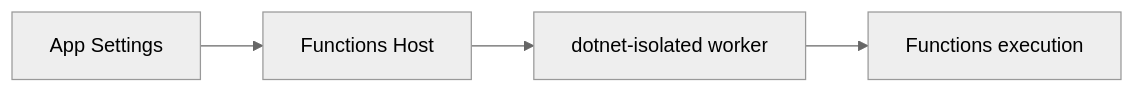
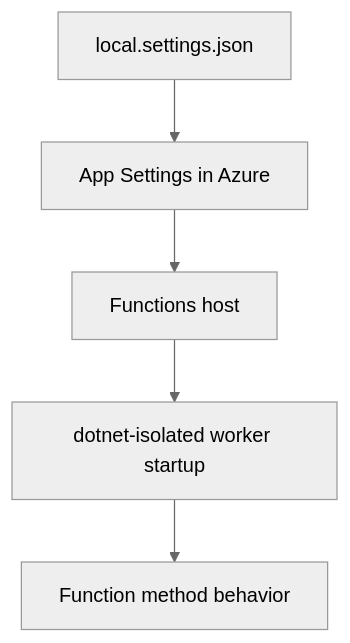
One commit to yeongseon/azure-functions-practical-guide changed the diagram in docs/language-guides/dotnet/tutorial/consumption/03-configuration.md. Above: the diagram before and after it, drawn with Mermaid (neutral theme). The commit also changed other lines of this file and 7 other files, not shown here.

````diff
--- a/docs/language-guides/dotnet/tutorial/consumption/03-configuration.md
+++ b/docs/language-guides/dotnet/tutorial/consumption/03-configuration.md
@@ -50,6 +34,7 @@
 ```mermaid
-flowchart LR
-    A[App Settings] --> B[Functions Host]
-    B --> C[dotnet-isolated worker]
-    C --> D[Functions execution]
+flowchart TD
+    A[local.settings.json] --> B[App Settings in Azure]
+    B --> C[Functions host]
+    C --> D[dotnet-isolated worker startup]
+    D --> E[Function method behavior]
 ```
````
